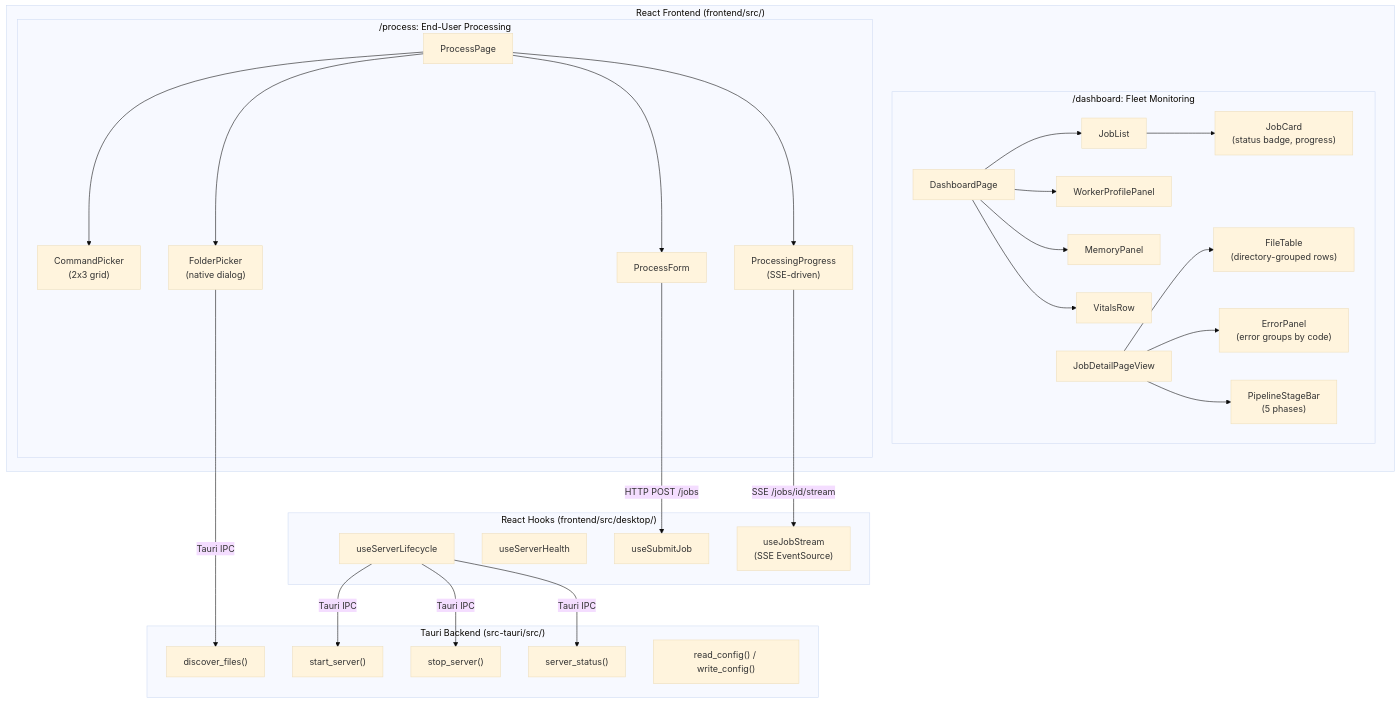
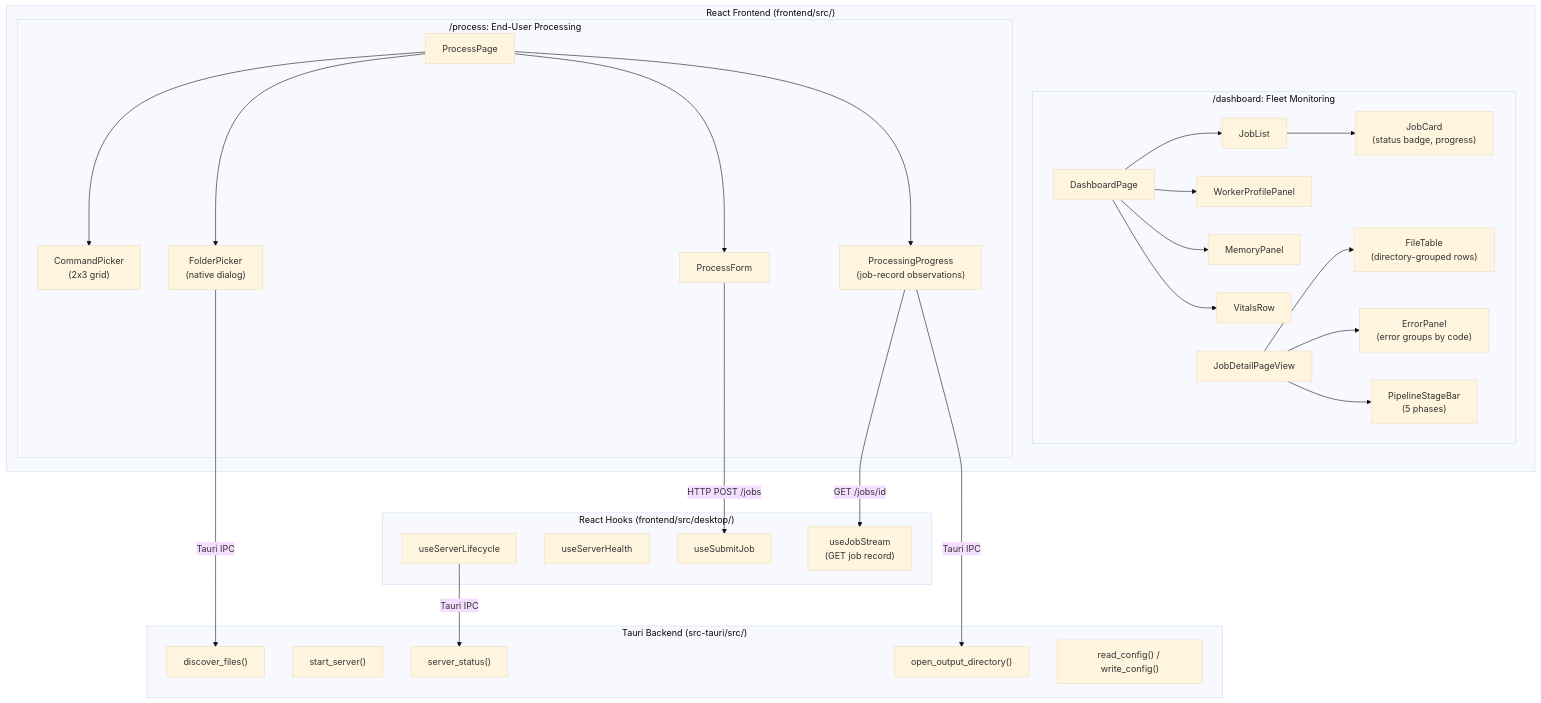
One commit to FranklinChen/talkbank-tools changed the diagram in book/src/batchalign/developer/tauri-react-dashboard.md. Above: the diagram before and after it, drawn with Mermaid (base theme). The commit also changed other lines of this file and 107 other files, not shown here.

````diff
--- a/book/src/batchalign/developer/tauri-react-dashboard.md
+++ b/book/src/batchalign/developer/tauri-react-dashboard.md
@@ -31,41 +31,42 @@
 ```mermaid
 flowchart TD
     subgraph "React Frontend (frontend/src/)"
         subgraph "/dashboard: Fleet Monitoring"
             dash["DashboardPage"]
             dash --> joblist["JobList"] & workers["WorkerProfilePanel"] & mem["MemoryPanel"] & vitals["VitalsRow"]
             joblist --> jobcard["JobCard\n(status badge, progress)"]
 
             detail["JobDetailPageView"]
             detail --> filetable["FileTable\n(directory-grouped rows)"] & errors["ErrorPanel\n(error groups by code)"] & stage["PipelineStageBar\n(5 phases)"]
         end
 
         subgraph "/process: End-User Processing"
             process["ProcessPage"]
             process --> cmdpicker["CommandPicker\n(2x3 grid)"]
             process --> folder["FolderPicker\n(native dialog)"]
             process --> form["ProcessForm"]
-            process --> progress["ProcessingProgress\n(SSE-driven)"]
+            process --> progress["ProcessingProgress\n(job-record observations)"]
         end
     end
 
     subgraph "Tauri Backend (src-tauri/src/)"
         discover["discover_files()"]
         start["start_server()"]
-        stop["stop_server()"]
+        reveal["open_output_directory()"]
         status["server_status()"]
         config["read_config() / write_config()"]
     end
 
     subgraph "React Hooks (frontend/src/desktop/)"
         lifecycle["useServerLifecycle"]
         health["useServerHealth"]
         submit["useSubmitJob"]
-        stream["useJobStream\n(SSE EventSource)"]
+        stream["useJobStream\n(GET job record)"]
     end
 
-    lifecycle -->|"Tauri IPC"| start & stop & status
+    lifecycle -->|"Tauri IPC"| status
     folder -->|"Tauri IPC"| discover
     form -->|"HTTP POST /jobs"| submit
-    progress -->|"SSE /jobs/id/stream"| stream
+    progress -->|"GET /jobs/id"| stream
+    progress -->|"Tauri IPC"| reveal
 ```
````
